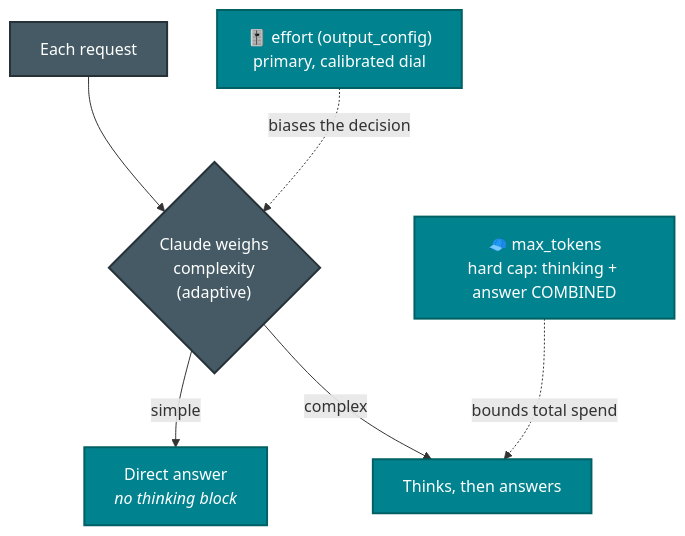
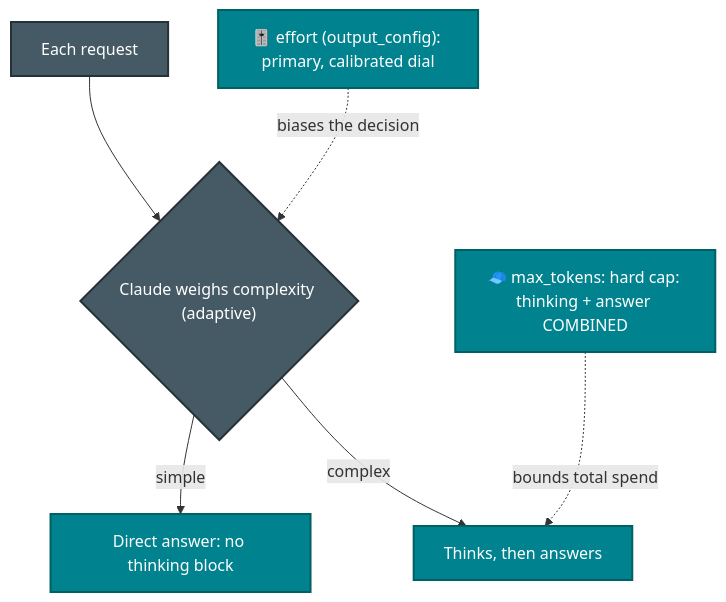
One commit to parmar-m/claude-architect-certification-prep changed the second of 3 diagrams in CCA-P/domains/d2-models-prompting-context.md. Above: the diagram before and after it, drawn with Mermaid. The commit also changed other lines of this file and 24 other files, not shown here.

Commit message:
fix html tags in mmd diagrams

````diff
--- a/CCA-P/domains/d2-models-prompting-context.md
+++ b/CCA-P/domains/d2-models-prompting-context.md
@@ -59,12 +59,12 @@
 ```mermaid
 flowchart TD
-    REQ["Each request"] --> ADAPT{"Claude weighs<br/>complexity<br/>(adaptive)"}
-    ADAPT -- simple --> NOTHINK["Direct answer<br/><i>no thinking block</i>"]
+    REQ["Each request"] --> ADAPT{"Claude weighs complexity (adaptive)"}
+    ADAPT -- simple --> NOTHINK["Direct answer: no thinking block"]
     ADAPT -- complex --> THINK["Thinks, then answers"]
-    EFFORT["🎚️ effort (output_config)<br/>primary, calibrated dial"] -.->|"biases the decision"| ADAPT
-    MAXT["🧢 max_tokens<br/>hard cap: thinking + answer COMBINED"] -.->|"bounds total spend"| THINK
+    EFFORT["🎚️ effort (output_config): primary, calibrated dial"] -.->|"biases the decision"| ADAPT
+    MAXT["🧢 max_tokens: hard cap: thinking + answer COMBINED"] -.->|"bounds total spend"| THINK
     classDef q fill:#455A64,color:#fff,stroke:#263238,stroke-width:2px
     classDef a fill:#00838F,color:#fff,stroke:#006064,stroke-width:2px
     class REQ,ADAPT q
     class NOTHINK,THINK,EFFORT,MAXT a
 ```
````
